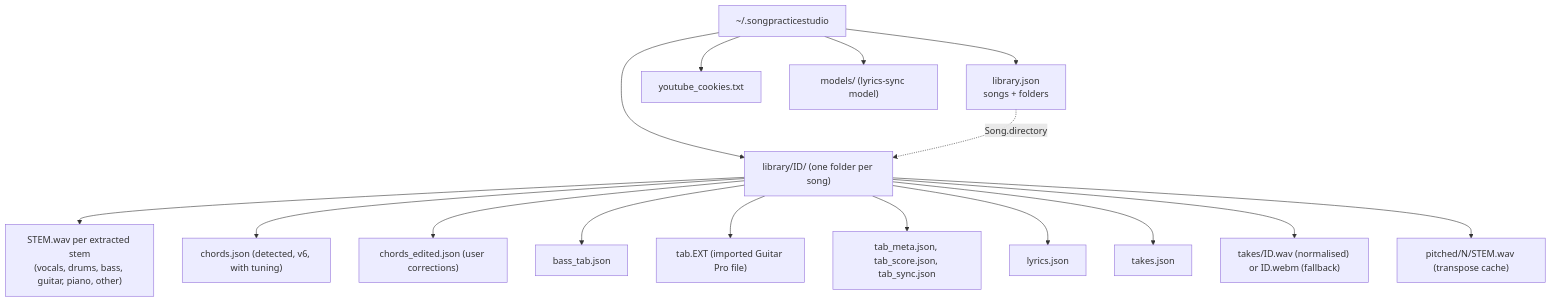
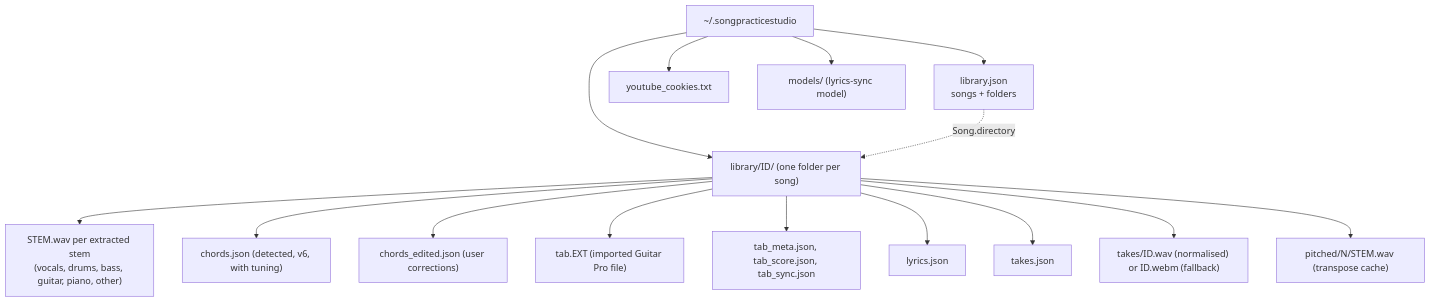
The fourth of 16 diagrams in wiki/uml.md (giamat90/SongPracticeStudio), drawn with Mermaid before and after one commit. The commit also changed other lines of this file and 26 other files, not shown here.

First line of the commit message:
refactor: remove the bass tab

````diff
--- a/wiki/uml.md
+++ b/wiki/uml.md
@@ -218,19 +203,18 @@
 ```mermaid
 flowchart TB
     ROOT["~/.songpracticestudio"]
     ROOT --> LJ["library.json<br/>songs + folders"]
     ROOT --> YC["youtube_cookies.txt"]
     ROOT --> MD["models/ (lyrics-sync model)"]
     ROOT --> SD["library/ID/ (one folder per song)"]
     SD --> ST["STEM.wav per extracted stem<br/>(vocals, drums, bass, guitar, piano, other)"]
     SD --> CH["chords.json (detected, v6, with tuning)"]
     SD --> CE["chords_edited.json (user corrections)"]
-    SD --> BTJ["bass_tab.json"]
     SD --> TAB["tab.EXT (imported Guitar Pro file)"]
     SD --> TM["tab_meta.json, tab_score.json, tab_sync.json"]
     SD --> LY["lyrics.json"]
     SD --> TJ["takes.json"]
     SD --> TK["takes/ID.wav (normalised) or ID.webm (fallback)"]
     SD --> PS["pitched/N/STEM.wav (transpose cache)"]
     LJ -. "Song.directory" .-> SD
 ```
````
